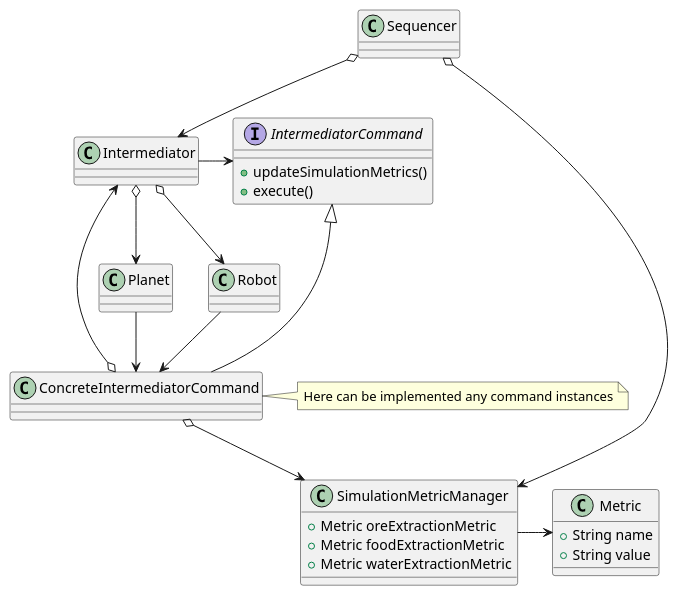
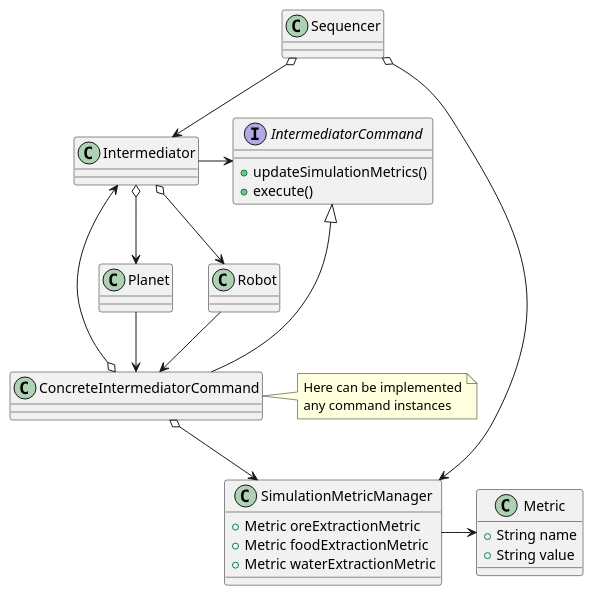
One commit to LEBOCQTitouan/ia-ensicaen-colonisation changed the diagram in uml/class diagram/model/Score-system.puml. Above: the diagram before and after it, drawn with PlantUML.

Commit message:
change in note in class diagram for score system

```diff
--- a/uml/class diagram/model/Score-system.puml
+++ b/uml/class diagram/model/Score-system.puml
@@ -1,46 +1,47 @@
 @startuml
 'https://plantuml.com/class-diagram
 
 class Sequencer
 
 class Intermediator
 class Planet
 class Robot
 
 interface IntermediatorCommand {
     +updateSimulationMetrics()
     +execute()
 }
 class ConcreteIntermediatorCommand
 
 Intermediator -> IntermediatorCommand
 Intermediator o-> Planet
 Intermediator o-> Robot
 
 ConcreteIntermediatorCommand o--> Intermediator
 
 Planet -> ConcreteIntermediatorCommand
 Robot -> ConcreteIntermediatorCommand
 
 IntermediatorCommand <|--- ConcreteIntermediatorCommand
 note right of ConcreteIntermediatorCommand
-    Here can be implemented any command instances
+    Here can be implemented
+    any command instances
 end note
 
 class Metric {
     +String name
     +String value
 }
 class SimulationMetricManager {
     +Metric oreExtractionMetric
     +Metric foodExtractionMetric
     +Metric waterExtractionMetric
 }
 
 ConcreteIntermediatorCommand o--> SimulationMetricManager
 SimulationMetricManager -> Metric
 
 Sequencer o--> SimulationMetricManager
 Sequencer o--> Intermediator
 
 @enduml
```
